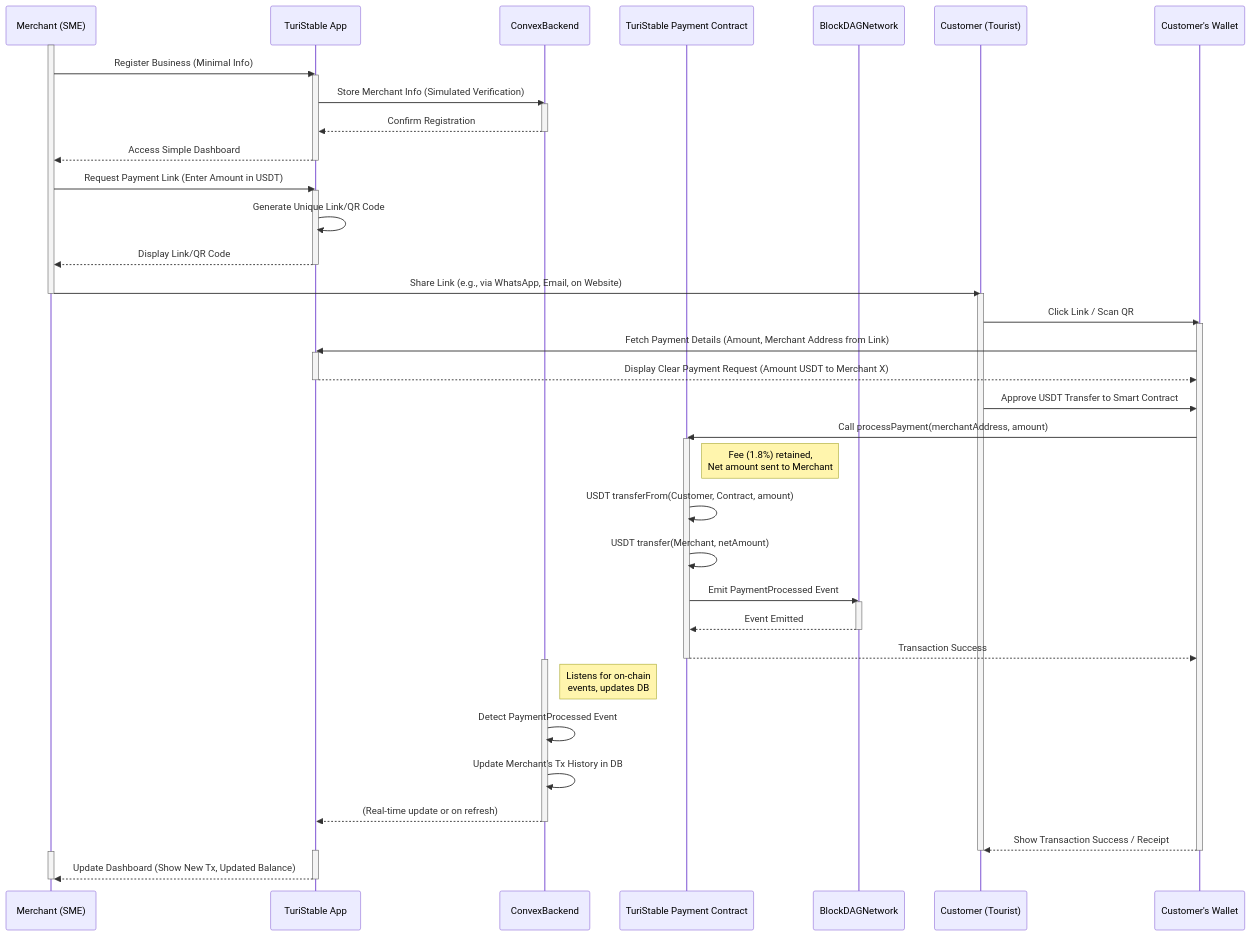
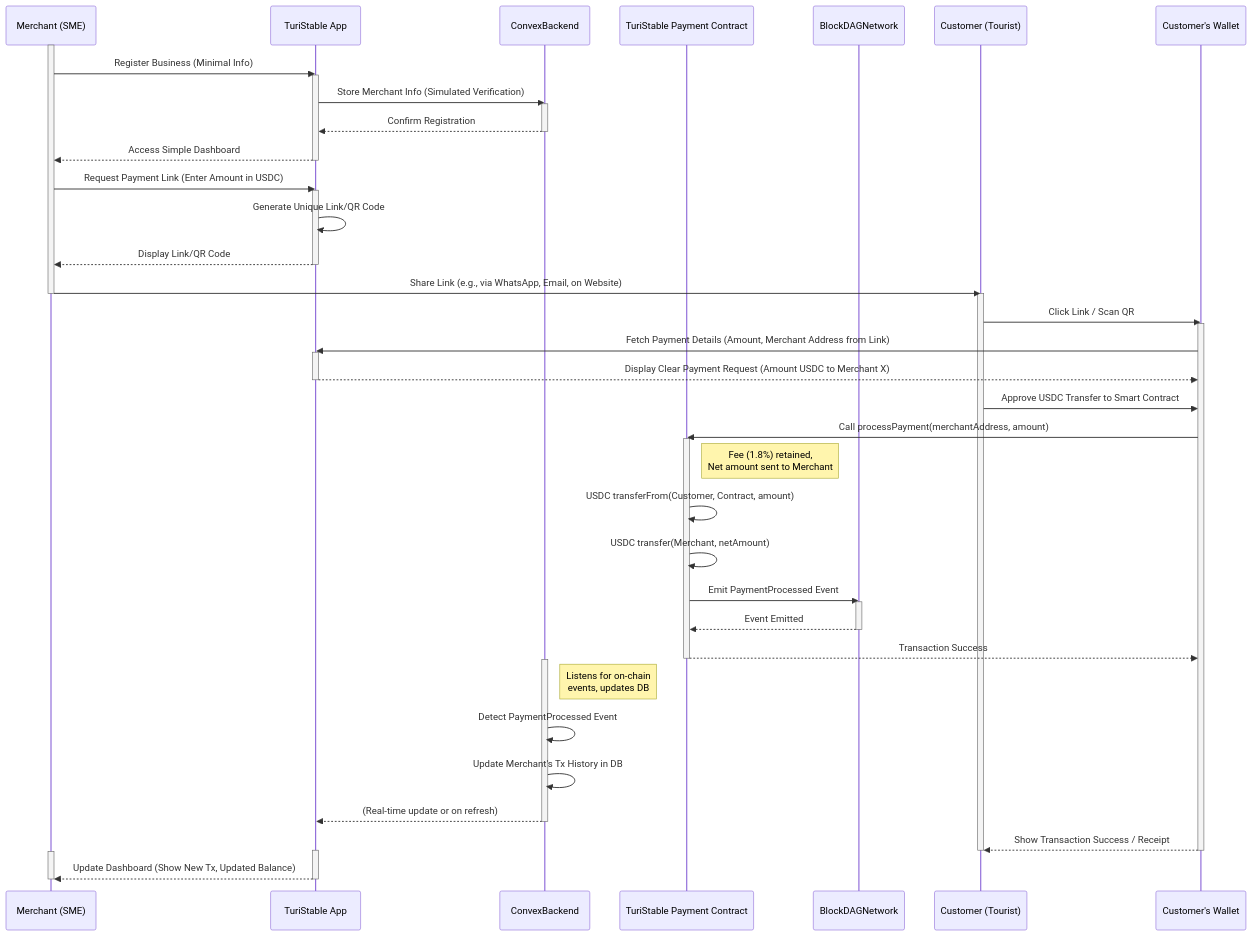
Before and after one commit to tapilew/equilibrio-alpha: the diagram in README.md, drawn with Mermaid. The commit also changed other lines of this file, not shown here.

Commit message:
docs: use USDC instead of USDT

````diff
--- a/README.md
+++ b/README.md
@@ -225,65 +236,65 @@
 ```mermaid
 sequenceDiagram
     participant SME as Merchant (SME)
     participant TSApp as TuriStable App
     participant ConvexBackend
     participant TStableContract as TuriStable Payment Contract
     participant BlockDAGNetwork
     participant Tourist as Customer (Tourist)
     participant Wallet as Customer's Wallet
 
     activate SME
     SME->>TSApp: Register Business (Minimal Info)
     activate TSApp
     TSApp->>ConvexBackend: Store Merchant Info (Simulated Verification)
     activate ConvexBackend
     ConvexBackend-->>TSApp: Confirm Registration
     deactivate ConvexBackend
     TSApp-->>SME: Access Simple Dashboard
     deactivate TSApp
 
-    SME->>TSApp: Request Payment Link (Enter Amount in USDT)
+    SME->>TSApp: Request Payment Link (Enter Amount in USDC)
     activate TSApp
     TSApp->>TSApp: Generate Unique Link/QR Code
     TSApp-->>SME: Display Link/QR Code
     deactivate TSApp
     SME->>Tourist: Share Link (e.g., via WhatsApp, Email, on Website)
     deactivate SME
 
     activate Tourist
     Tourist->>Wallet: Click Link / Scan QR
     activate Wallet
     Wallet->>TSApp: Fetch Payment Details (Amount, Merchant Address from Link)
     activate TSApp
-    TSApp-->>Wallet: Display Clear Payment Request (Amount USDT to Merchant X)
+    TSApp-->>Wallet: Display Clear Payment Request (Amount USDC to Merchant X)
     deactivate TSApp
-    Tourist->>Wallet: Approve USDT Transfer to Smart Contract
+    Tourist->>Wallet: Approve USDC Transfer to Smart Contract
     Wallet->>TStableContract: Call processPayment(merchantAddress, amount)
     activate TStableContract
     Note right of TStableContract: Fee (1.8%) retained, <br/>Net amount sent to Merchant
-    TStableContract->>TStableContract: USDT transferFrom(Customer, Contract, amount)
-    TStableContract->>TStableContract: USDT transfer(Merchant, netAmount)
+    TStableContract->>TStableContract: USDC transferFrom(Customer, Contract, amount)
+    TStableContract->>TStableContract: USDC transfer(Merchant, netAmount)
     TStableContract->>BlockDAGNetwork: Emit PaymentProcessed Event
     activate BlockDAGNetwork
     BlockDAGNetwork-->>TStableContract: Event Emitted
     deactivate BlockDAGNetwork
     TStableContract-->>Wallet: Transaction Success
     deactivate TStableContract
 
     activate ConvexBackend
     Note right of ConvexBackend: Listens for on-chain <br/> events, updates DB
     ConvexBackend->>ConvexBackend: Detect PaymentProcessed Event
     ConvexBackend->>ConvexBackend: Update Merchant's Tx History in DB
     ConvexBackend-->>TSApp: (Real-time update or on refresh)
     deactivate ConvexBackend
 
     Wallet-->>Tourist: Show Transaction Success / Receipt
     deactivate Wallet
     deactivate Tourist
 
     activate TSApp
     activate SME
     TSApp-->>SME: Update Dashboard (Show New Tx, Updated Balance)
     deactivate TSApp
     deactivate SME
 ```
````
